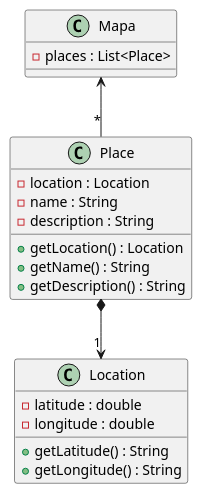
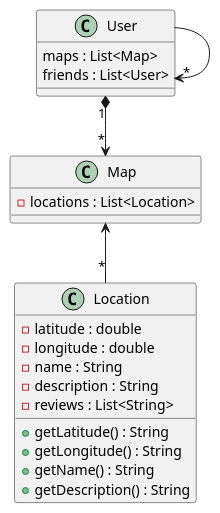
The diagram in docs/08_concepts.adoc (Arquisoft/lomap_en2a), drawn with PlantUML before and after one commit.

Commit message:
Updated diagram

```diff
--- a/docs/08_concepts.adoc
+++ b/docs/08_concepts.adoc
@@ -57,22 +57,26 @@
 [plantuml,Domain model,png]
 ----
-class Mapa
-    Mapa : - places : List<Place>
-
-class Place
-    Place : - location : Location
-    Place : - name : String
-    Place : - description : String
-    Place : + getLocation() : Location
-    Place : + getName() : String
-    Place : + getDescription() : String
+class Map
+    Map : - locations : List<Location>
 
 class Location
     Location : - latitude : double
-    Location : - longitude : double
+    Location : - longitude : double    
+    Location : - name : String
+    Location : - description : String
+    Location : - reviews : List<String>
+
     Location : + getLatitude() : String
     Location : + getLongitude() : String
+    Location : + getName() : String
+    Location : + getDescription() : String
 
-Mapa <-- "*" Place
-Place *--> "1" Location
+class User
+    User : maps : List<Map>
+    User : friends : List<User>
+
+
+Map <-- "*" Location
+User "1" *--> "*" Map 
+User --> "*" User
 ----
```
